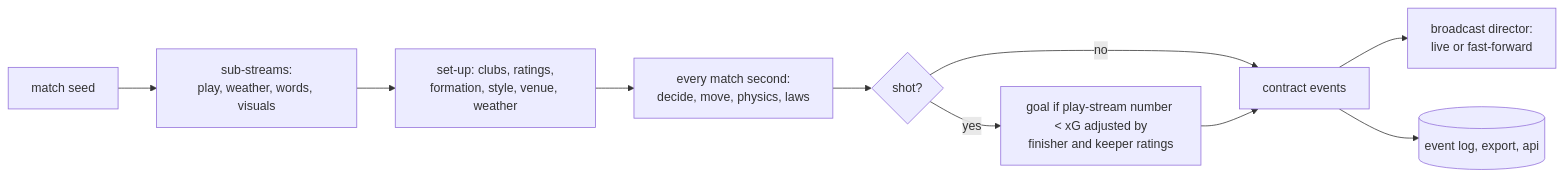
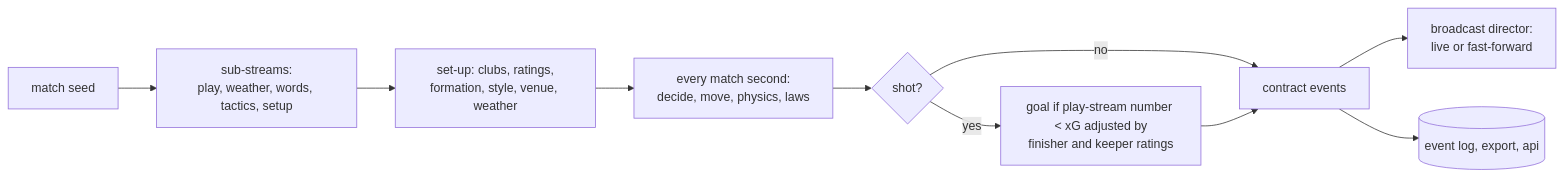
One commit to Crafted-by-Akshay/matchcast changed the diagram in docs/architecture/06-simulation.md. Above: the diagram before and after it, drawn with Mermaid. The commit also changed other lines of this file and 3 other files, not shown here.

````diff
--- a/docs/architecture/06-simulation.md
+++ b/docs/architecture/06-simulation.md
@@ -9,12 +9,12 @@
 ```mermaid
 flowchart LR
-  seed[match seed] --> split[sub-streams:<br/>play, weather, words, visuals]
+  seed[match seed] --> split[sub-streams:<br/>play, weather, words, tactics, setup]
   split --> setup[set-up: clubs, ratings,<br/>formation, style, venue, weather]
   setup --> tick[every match second:<br/>decide, move, physics, laws]
   tick --> shot{shot?}
   shot -- yes --> xg[goal if play-stream number < xG adjusted by<br/>finisher and keeper ratings]
   shot -- no --> ev
   xg --> ev[contract events]
   ev --> dir[broadcast director:<br/>live or fast-forward]
   ev --> out[(event log, export, api)]
 ```
````
